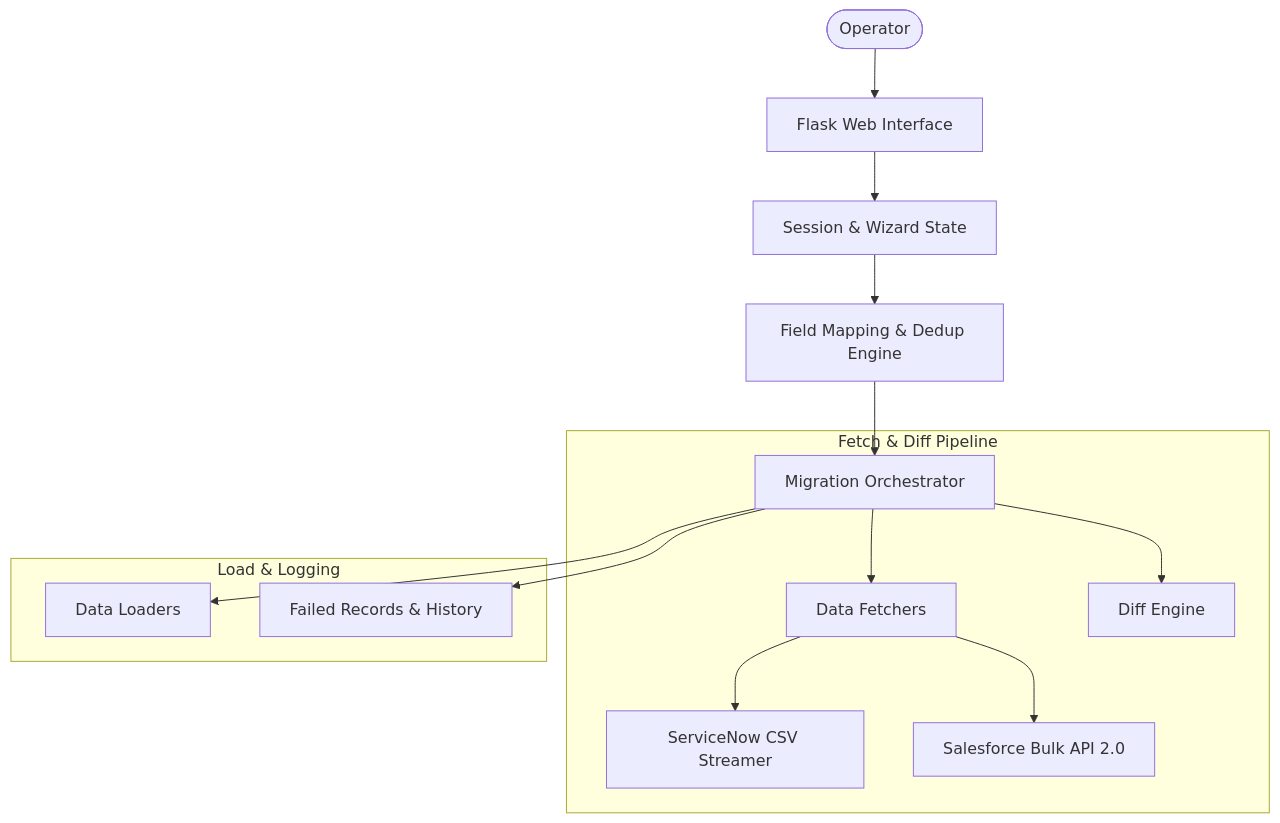
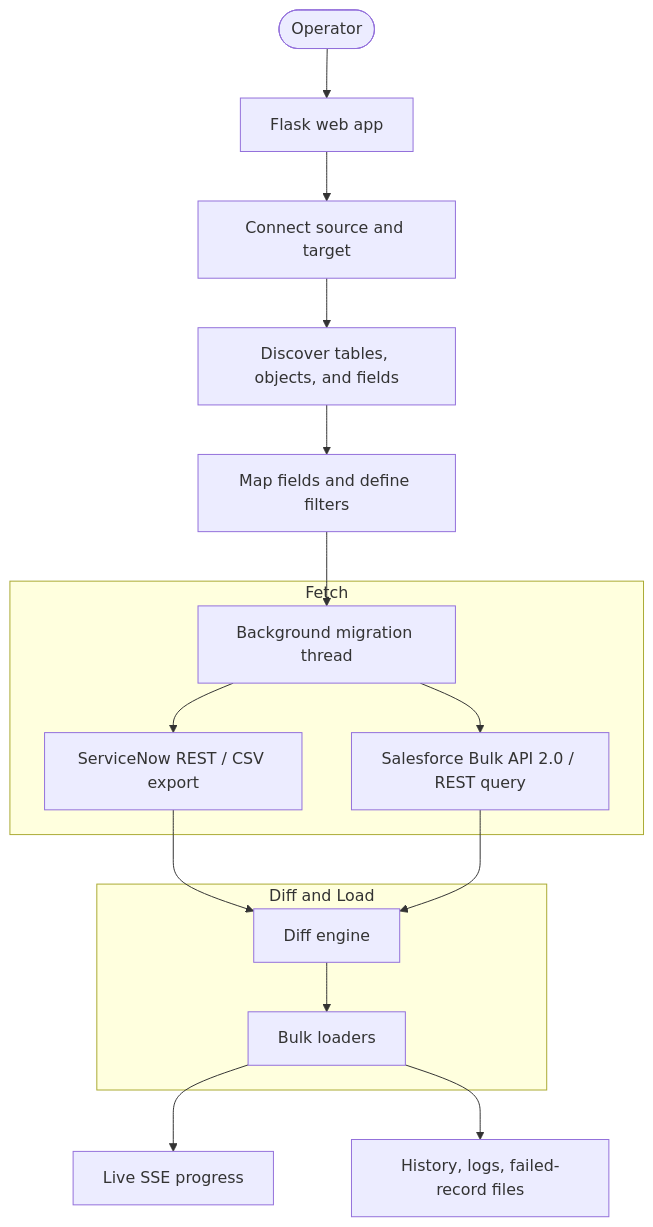
One commit to karanyede/MigrateNow changed the diagram in README.md. Above: the diagram before and after it, drawn with Mermaid. The commit also changed other lines of this file and 14 other files, not shown here.

````diff
--- a/README.md
+++ b/README.md
@@ -23,19 +30,22 @@
 ```mermaid
 flowchart TD
-    User([Operator]) --> UI[Flask Web Interface]
-    UI --> Session[Session & Wizard State]
-    Session --> Mapping[Field Mapping & Dedup Engine]
-    Mapping --> Orchestrator[Migration Orchestrator]
-    
-    subgraph "Fetch & Diff Pipeline"
-        Orchestrator --> Fetcher[Data Fetchers]
-        Fetcher --> ServiceNowCSV[ServiceNow CSV Streamer]
-        Fetcher --> SFBulk[Salesforce Bulk API 2.0]
-        Orchestrator --> Diff[Diff Engine]
+    User([Operator]) --> UI[Flask web app]
+    UI --> Auth[Connect source and target]
+    Auth --> Meta[Discover tables, objects, and fields]
+    Meta --> Map[Map fields and define filters]
+    Map --> Run[Background migration thread]
+
+    subgraph Fetch
+        Run --> SNFetch[ServiceNow REST / CSV export]
+        Run --> SFFetch[Salesforce Bulk API 2.0 / REST query]
     end
-    
-    subgraph "Load & Logging"
-        Orchestrator --> Loaders[Data Loaders]
-        Orchestrator --> Logs[Failed Records & History]
+
+    subgraph Diff and Load
+        SNFetch --> Diff[Diff engine]
+        SFFetch --> Diff
+        Diff --> Load[Bulk loaders]
     end
+
+    Load --> Progress[Live SSE progress]
+    Load --> History[History, logs, failed-record files]
 ```
````
